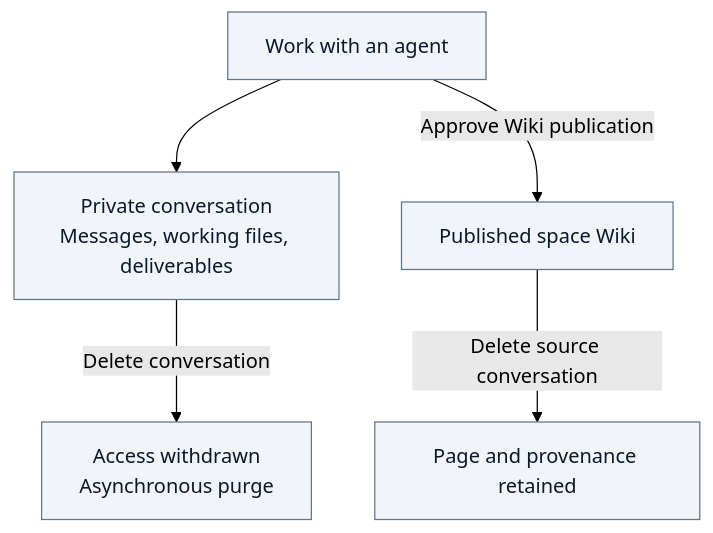
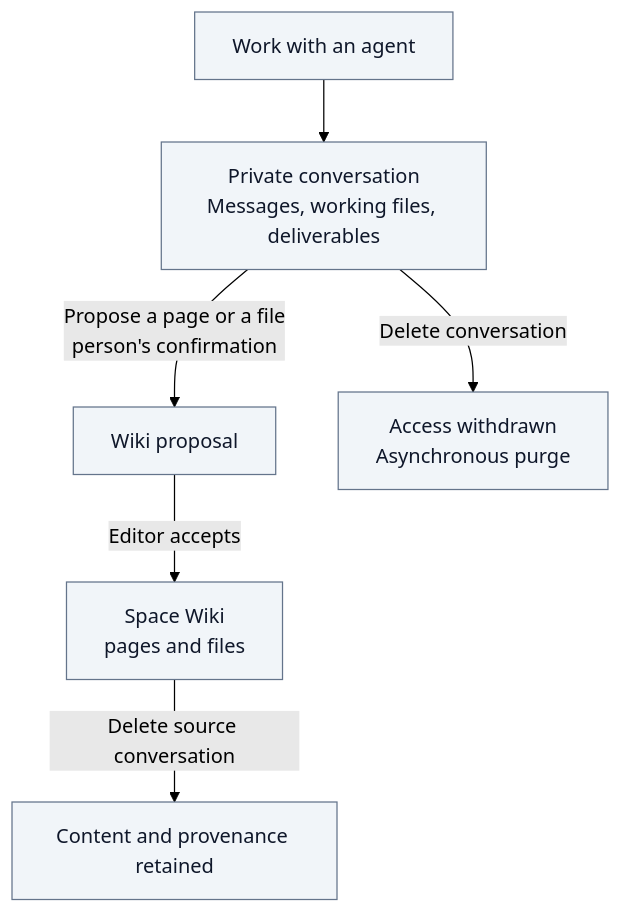
Before and after one commit to ThalesGroup/fred: the second of 2 diagrams in docs/architecture/05-documents.md, drawn with Mermaid (forest theme). The commit also changed other lines of this file and 156 other files, not shown here.

````diff
--- a/docs/architecture/05-documents.md
+++ b/docs/architecture/05-documents.md
@@ -80,9 +80,10 @@
 ```mermaid
 flowchart TB
     work["Work with an agent"] --> private["Private conversation<br/>Messages, working files, deliverables"]
-    work -->|"Approve Wiki publication"| wiki["Published space Wiki"]
+    private -->|"Propose a page or a file<br/>person's confirmation"| proposal["Wiki proposal"]
+    proposal -->|"Editor accepts"| wiki["Space Wiki<br/>pages and files"]
     private -->|"Delete conversation"| purge["Access withdrawn<br/>Asynchronous purge"]
-    wiki -->|"Delete source conversation"| kept["Page and provenance retained"]
+    wiki -->|"Delete source conversation"| kept["Content and provenance retained"]
     classDef neutral fill:#F1F5F9,stroke:#64748B,color:#0F172A
-    class work,private,wiki,purge,kept neutral
+    class work,private,proposal,wiki,purge,kept neutral
 ```
````
